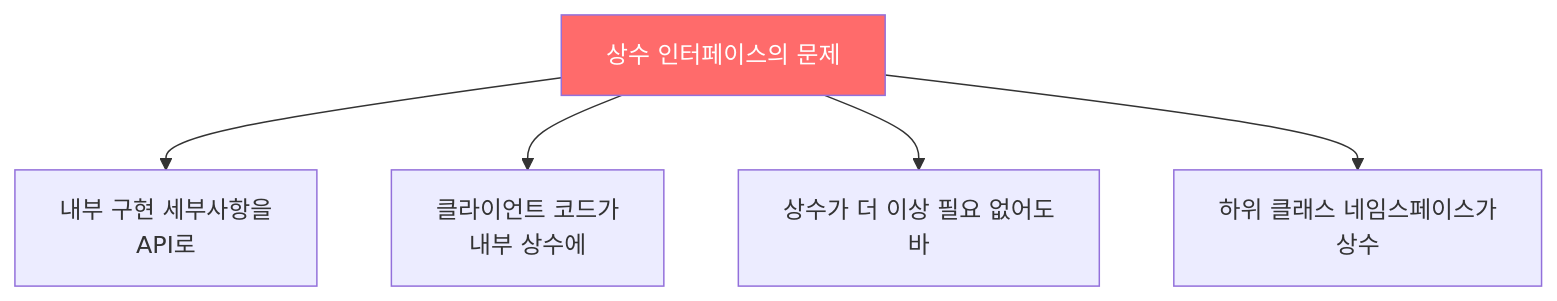
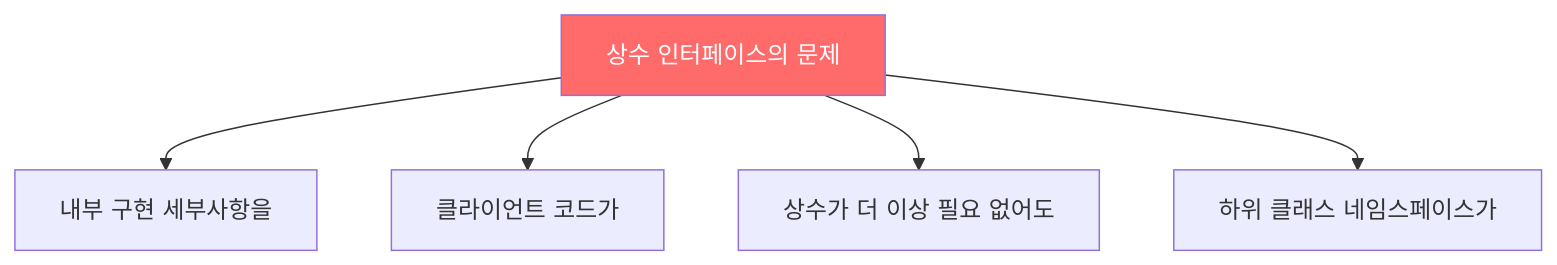
The first of 3 diagrams in _posts/java/2022-01-04-effective-java22.md (yjkim2015/yjkim2015.github.io), drawn with Mermaid before and after one commit. The commit also changed other lines of this file and 217 other files, not shown here.

First line of the commit message:
Mermaid 크기 수정: useMaxWidth:true + SVG max-width:100% + 라벨 축소

````diff
--- a/_posts/java/2022-01-04-effective-java22.md
+++ b/_posts/java/2022-01-04-effective-java22.md
@@ -49,8 +49,8 @@
 ```mermaid
 graph TD
-    A["상수 인터페이스의 문제"] --> B["내부 구현 세부사항을\nAPI로"]
-    A --> C["클라이언트 코드가\n내부 상수에"]
-    A --> D["상수가 더 이상 필요 없어도\n바"]
-    A --> E["하위 클래스 네임스페이스가\n상수"]
+    A["상수 인터페이스의 문제"] --> B["내부 구현 세부사항을"]
+    A --> C["클라이언트 코드가"]
+    A --> D["상수가 더 이상 필요 없어도"]
+    A --> E["하위 클래스 네임스페이스가"]
     style A fill:#ff6b6b,color:#fff
 ```
````
